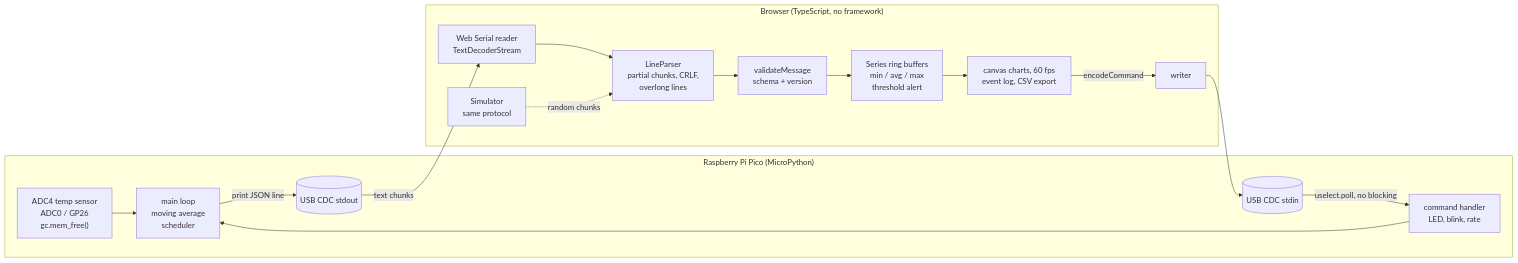
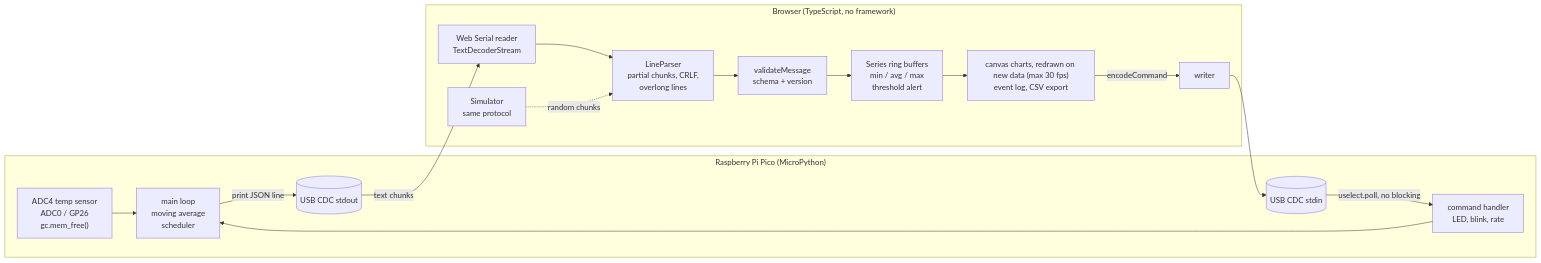
One commit to naniiic137/picopulse changed the diagram in README.md. Above: the diagram before and after it, drawn with Mermaid. The commit also changed other lines of this file and 1 other file, not shown here.

````diff
--- a/README.md
+++ b/README.md
@@ -96,19 +99,19 @@
 ```mermaid
 flowchart LR
   subgraph Pico["Raspberry Pi Pico (MicroPython)"]
     S["ADC4 temp sensor<br/>ADC0 / GP26<br/>gc.mem_free()"] --> L["main loop<br/>moving average<br/>scheduler"]
     L -- "print JSON line" --> O[(USB CDC stdout)]
     I[(USB CDC stdin)] -- "uselect.poll, no blocking" --> C["command handler<br/>LED, blink, rate"]
     C --> L
   end
   O -- "text chunks" --> R
   subgraph Browser["Browser (TypeScript, no framework)"]
     R["Web Serial reader<br/>TextDecoderStream"] --> P["LineParser<br/>partial chunks, CRLF,<br/>overlong lines"]
     SIM["Simulator<br/>same protocol"] -. "random chunks" .-> P
     P --> V["validateMessage<br/>schema + version"]
     V --> ST["Series ring buffers<br/>min / avg / max<br/>threshold alert"]
-    ST --> UI["canvas charts, 60 fps<br/>event log, CSV export"]
+    ST --> UI["canvas charts, redrawn on new data (max 30 fps)<br/>event log, CSV export"]
     UI -- "encodeCommand" --> W["writer"]
   end
   W --> I
 ```
````
